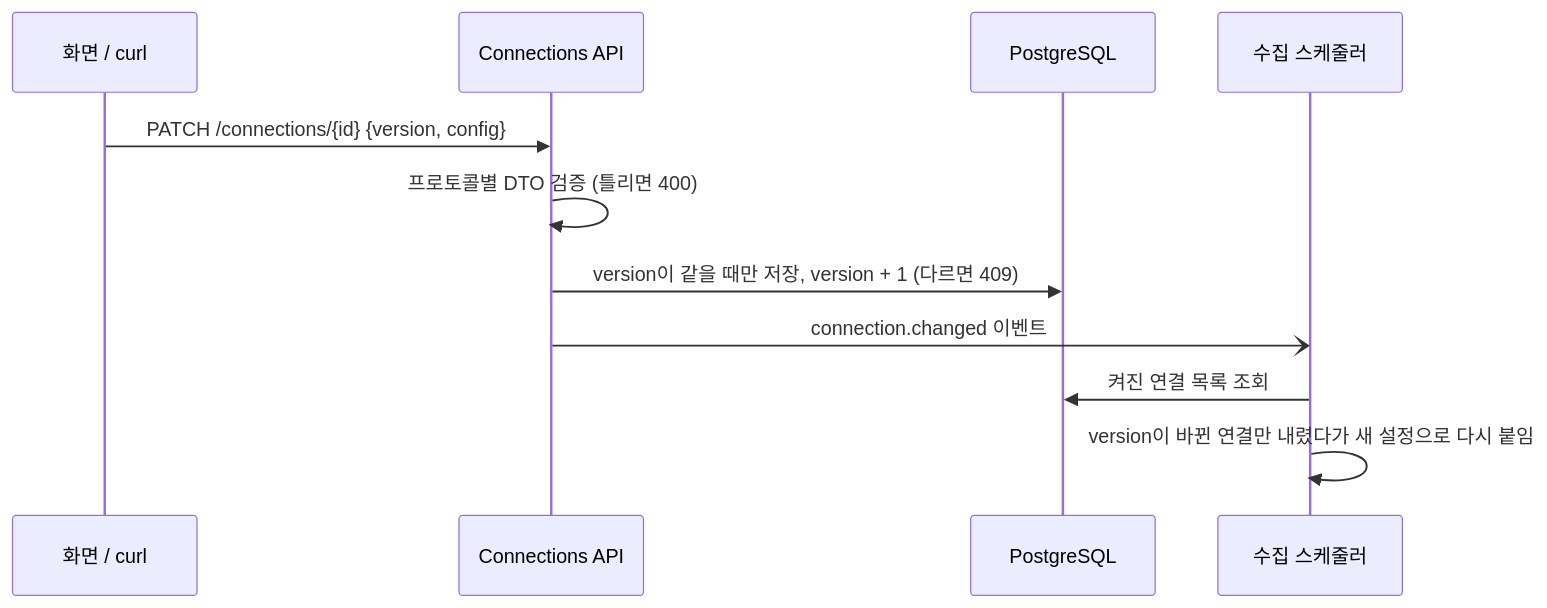
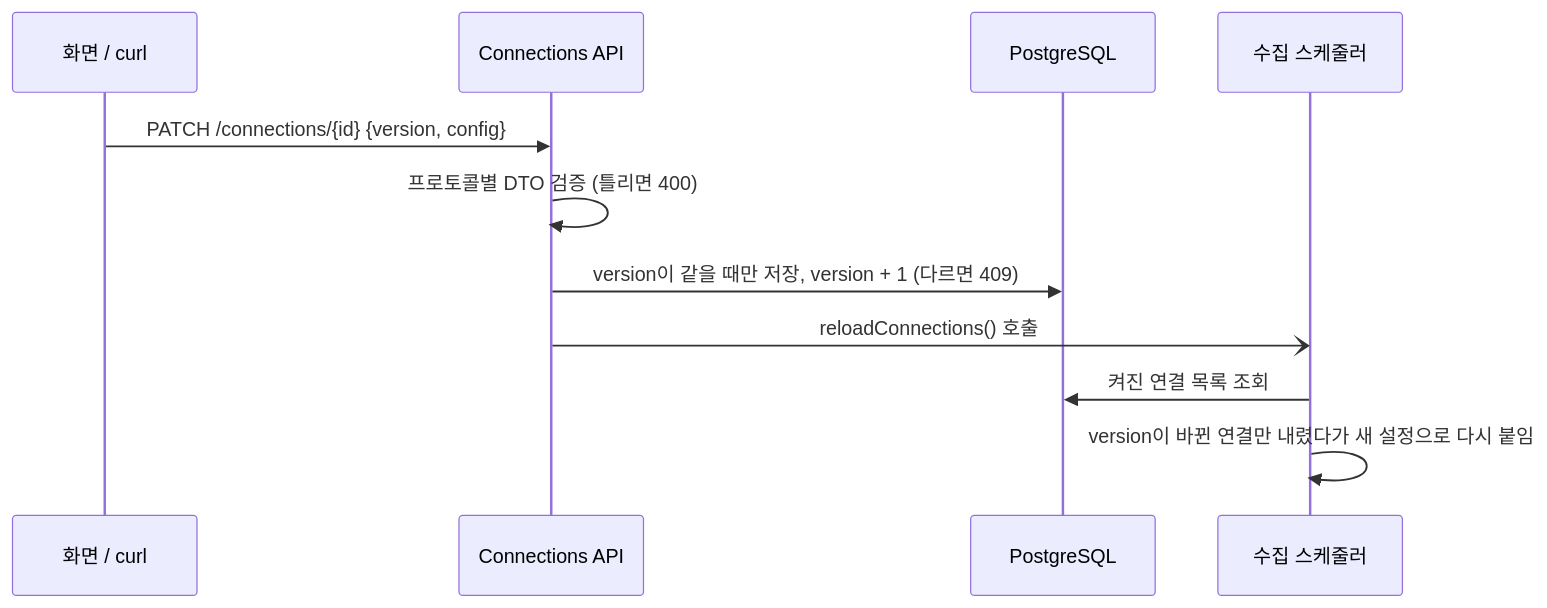
One commit to dksalsgus/agv-amr-control-middleware changed the third of 7 diagrams in docs/design-rationale.md. Above: the diagram before and after it, drawn with Mermaid. The commit also changed other lines of this file and 9 other files, not shown here.

````diff
--- a/docs/design-rationale.md
+++ b/docs/design-rationale.md
@@ -91,13 +91,13 @@
 ```mermaid
 sequenceDiagram
   participant UI as 화면 / curl
   participant API as Connections API
   participant DB as PostgreSQL
   participant SC as 수집 스케줄러
   UI->>API: PATCH /connections/{id} {version, config}
   API->>API: 프로토콜별 DTO 검증 (틀리면 400)
   API->>DB: version이 같을 때만 저장, version + 1 (다르면 409)
-  API-)SC: connection.changed 이벤트
+  API-)SC: reloadConnections() 호출
   SC->>DB: 켜진 연결 목록 조회
   SC->>SC: version이 바뀐 연결만 내렸다가 새 설정으로 다시 붙임
 ```
````
